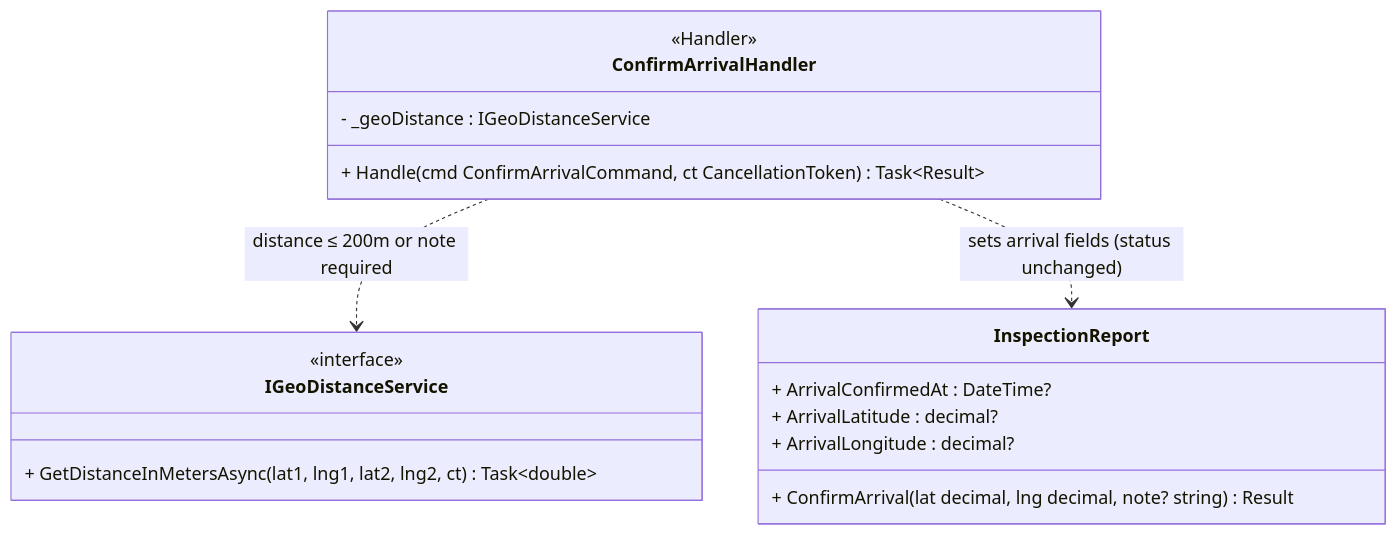
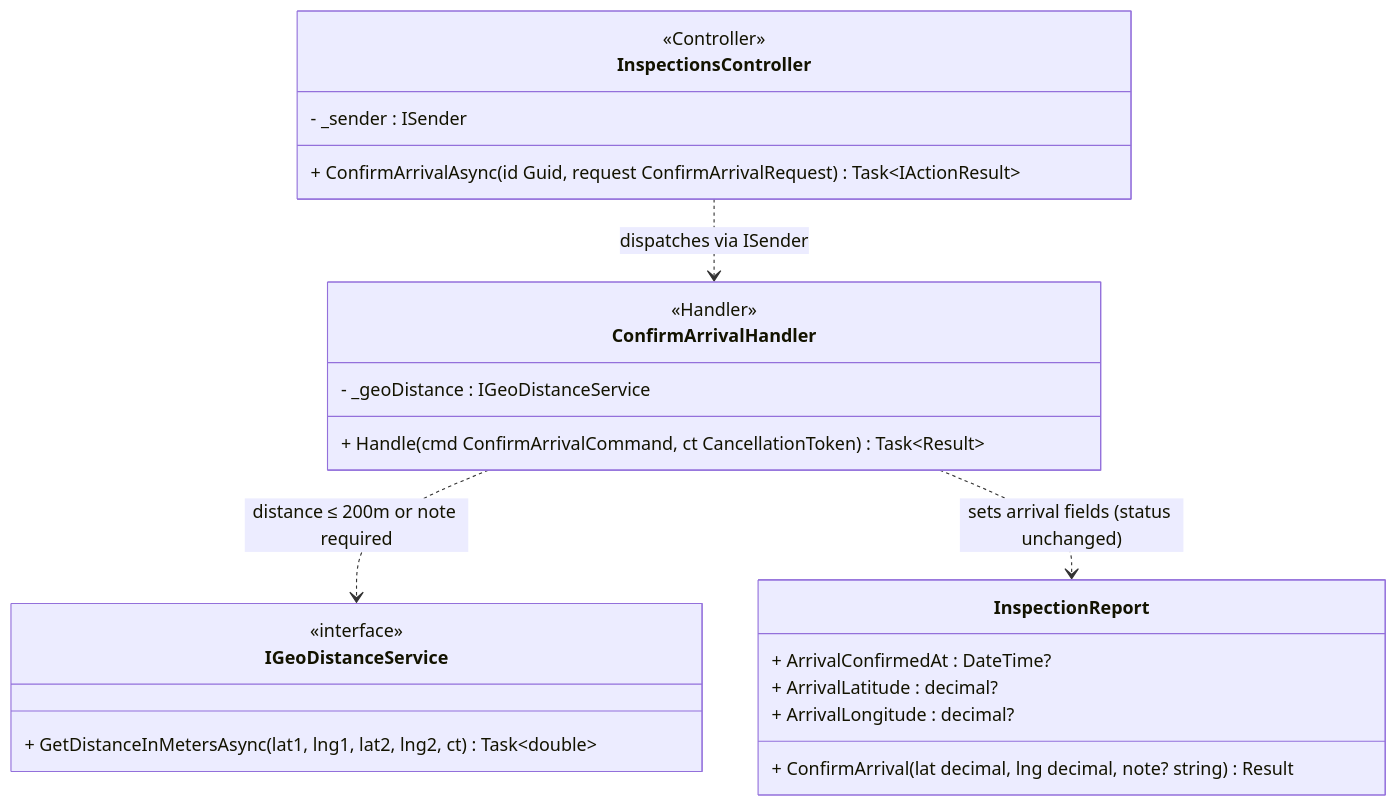
One commit to Capstonne-Project/greenlens-service changed diagram 22 of 43 in docs/BusinessRule/CLASS_DIAGRAMS.md. Above: the diagram before and after it, drawn with Mermaid. The commit also changed other lines of this file, not shown here.

Commit message:
chore(docs): class diagram relation

````diff
--- a/docs/BusinessRule/CLASS_DIAGRAMS.md
+++ b/docs/BusinessRule/CLASS_DIAGRAMS.md
@@ -2543,23 +2543,30 @@
 ```mermaid
 classDiagram
     class InspectionReport {
         + ArrivalConfirmedAt : DateTime?
         + ArrivalLatitude : decimal?
         + ArrivalLongitude : decimal?
         + ConfirmArrival(lat decimal, lng decimal, note? string) Result
     }
 
     class IGeoDistanceService {
         <<interface>>
         + GetDistanceInMetersAsync(lat1, lng1, lat2, lng2, ct) Task~double~
     }
 
     class ConfirmArrivalHandler {
         <<Handler>>
         - _geoDistance : IGeoDistanceService
         + Handle(cmd ConfirmArrivalCommand, ct CancellationToken) Task~Result~
     }
 
+    class InspectionsController {
+        <<Controller>>
+        - _sender : ISender
+        + ConfirmArrivalAsync(id Guid, request ConfirmArrivalRequest) Task~IActionResult~
+    }
+
     ConfirmArrivalHandler ..> IGeoDistanceService : distance ≤ 200m or note required
     ConfirmArrivalHandler ..> InspectionReport : sets arrival fields (status unchanged)
+    InspectionsController ..> ConfirmArrivalHandler : dispatches via ISender
 ```
````
